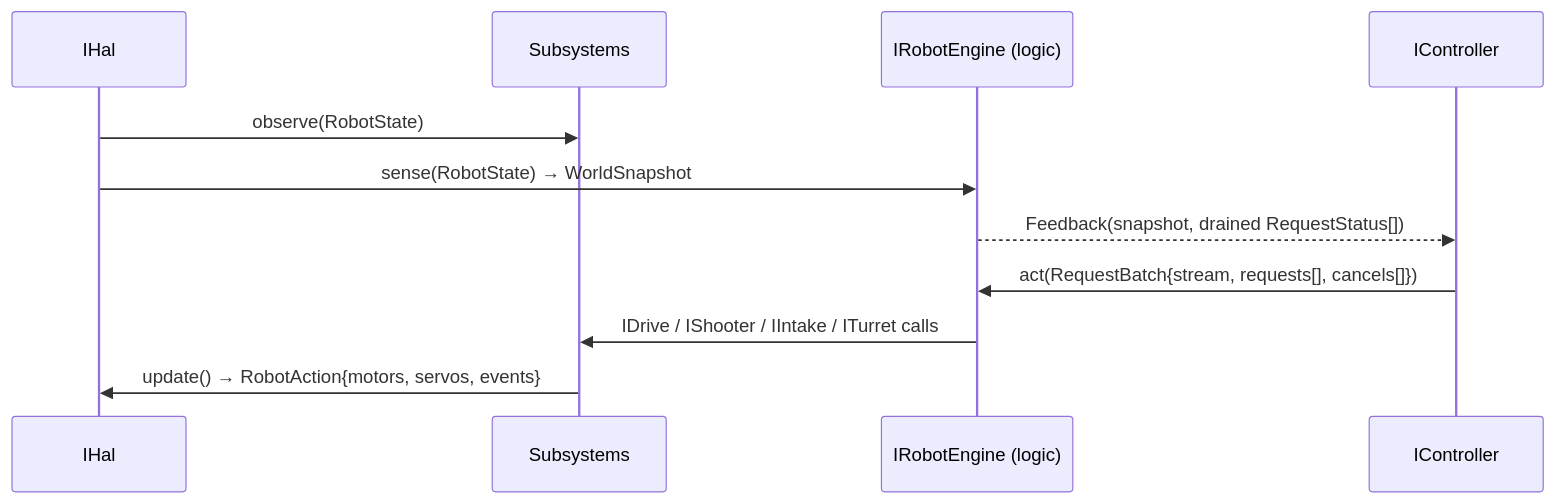
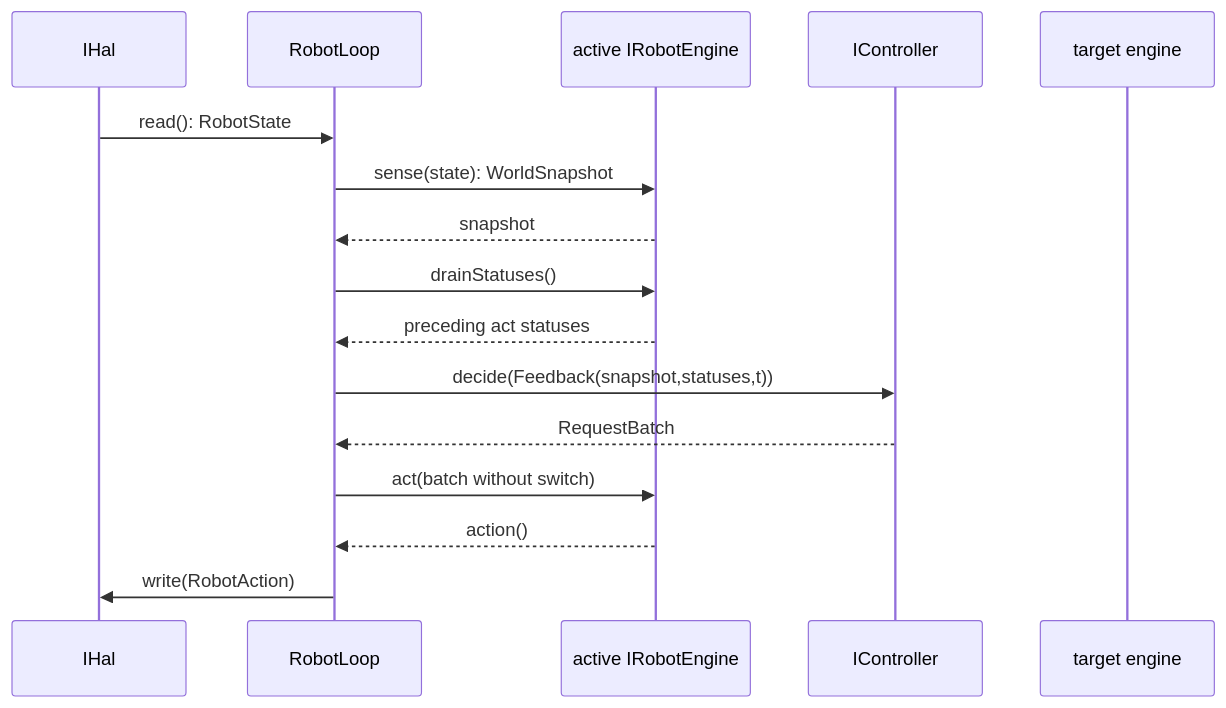
One commit to tunapro1234/boobuzz-docs changed the fourth of 23 diagrams in architecture/architecture.md. Above: the diagram before and after it, drawn with Mermaid. The commit also changed other lines of this file and 48 other files, not shown here.

First line of the commit message:
Rewrite architecture as rendered diagram-first reference

````diff
--- a/architecture/architecture.md
+++ b/architecture/architecture.md
@@ -705,13 +118,18 @@
 ```mermaid
 sequenceDiagram
-    participant HAL as IHal
-    participant SUB as Subsystems
-    participant ENG as IRobotEngine (logic)
-    participant CTL as IController
-    HAL->>SUB: observe(RobotState)
-    HAL->>ENG: sense(RobotState) → WorldSnapshot
-    ENG-->>CTL: Feedback(snapshot, drained RequestStatus[])
-    CTL->>ENG: act(RequestBatch{stream, requests[], cancels[]})
-    ENG->>SUB: IDrive / IShooter / IIntake / ITurret calls
-    SUB->>HAL: update() → RobotAction{motors, servos, events}
+    participant H as IHal
+    participant L as RobotLoop
+    participant E as active IRobotEngine
+    participant C as IController
+    participant N as target engine
+    H->>L: read(): RobotState
+    L->>E: sense(state): WorldSnapshot
+    E-->>L: snapshot
+    L->>E: drainStatuses()
+    E-->>L: preceding act statuses
+    L->>C: decide(Feedback(snapshot,statuses,t))
+    C-->>L: RequestBatch
+    L->>E: act(batch without switch)
+    E-->>L: action()
+    L->>H: write(RobotAction)
 ```
````
